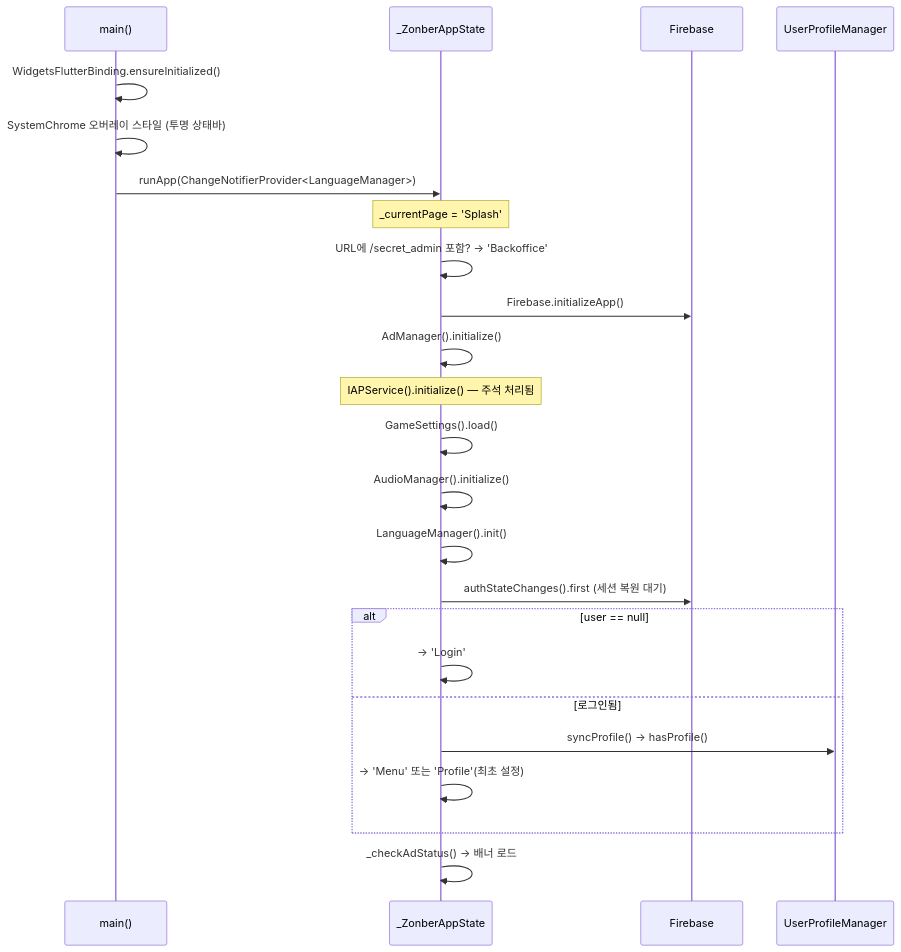
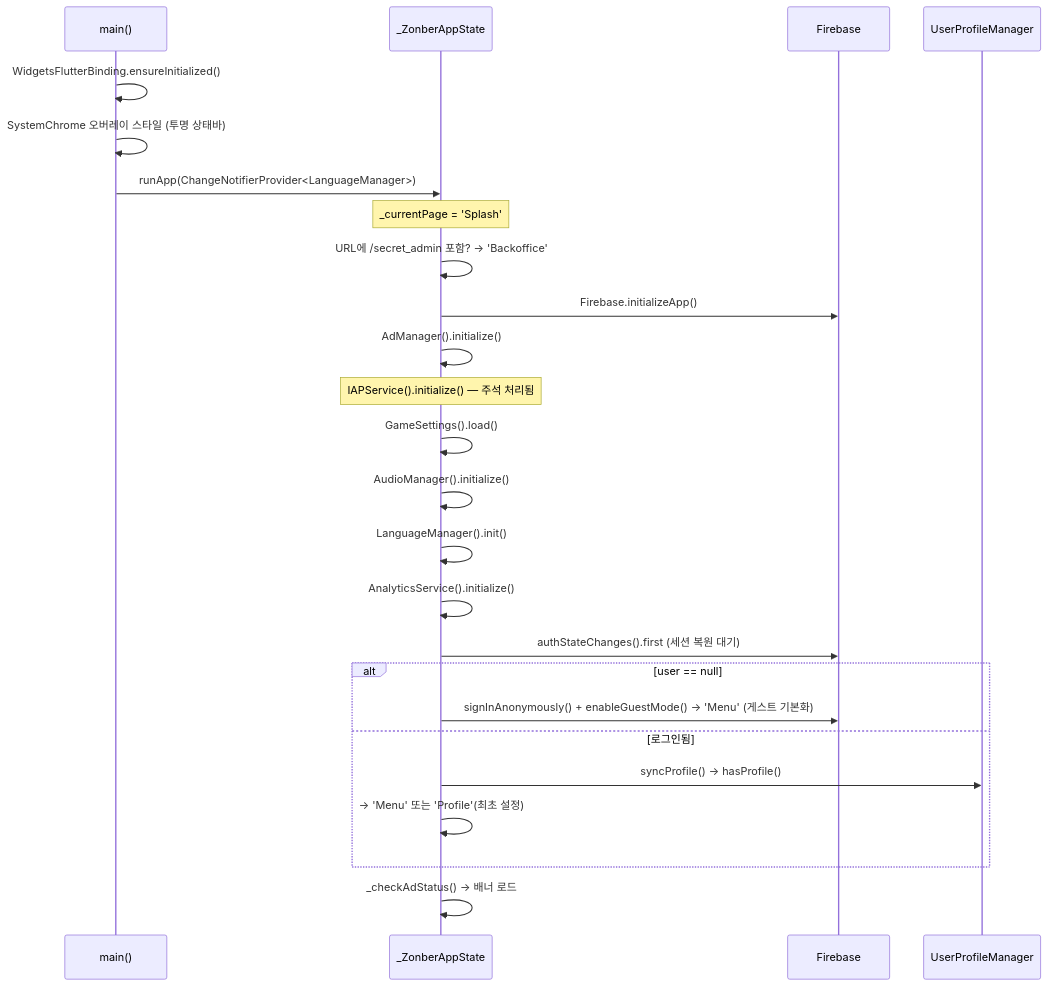
The second of 3 diagrams in ARCHITECTURE.md (herokt/zonber), drawn with Mermaid before and after one commit. The commit also changed other lines of this file and 185 other files, not shown here.

````diff
--- a/ARCHITECTURE.md
+++ b/ARCHITECTURE.md
@@ -100,27 +103,28 @@
 ```mermaid
 sequenceDiagram
     participant M as main()
     participant A as _ZonberAppState
     participant FB as Firebase
     participant P as UserProfileManager
 
     M->>M: WidgetsFlutterBinding.ensureInitialized()
     M->>M: SystemChrome 오버레이 스타일 (투명 상태바)
     M->>A: runApp(ChangeNotifierProvider<LanguageManager>)
     Note over A: _currentPage = 'Splash'
     A->>A: URL에 /secret_admin 포함? → 'Backoffice'
     A->>FB: Firebase.initializeApp()
     A->>A: AdManager().initialize()
     Note over A: IAPService().initialize() — 주석 처리됨
     A->>A: GameSettings().load()
     A->>A: AudioManager().initialize()
     A->>A: LanguageManager().init()
+    A->>A: AnalyticsService().initialize()
     A->>FB: authStateChanges().first (세션 복원 대기)
     alt user == null
-        A->>A: → 'Login'
+        A->>FB: signInAnonymously() + enableGuestMode() → 'Menu' (게스트 기본화)
     else 로그인됨
         A->>P: syncProfile() → hasProfile()
         A->>A: → 'Menu' 또는 'Profile'(최초 설정)
     end
     A->>A: _checkAdStatus() → 배너 로드
 ```
````
